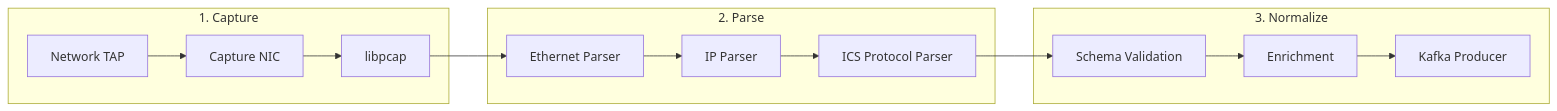
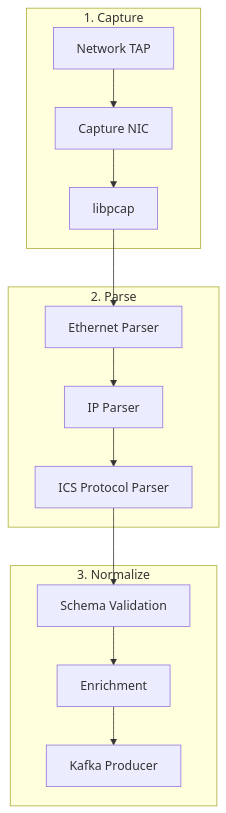
One commit to caverac/ics-anomaly-detection changed the first of 5 diagrams in packages/docs/docs/ml-pipeline/data-ingestion.md. Above: the diagram before and after it, drawn with Mermaid. The commit also changed other lines of this file and 35 other files, not shown here.

````diff
--- a/packages/docs/docs/ml-pipeline/data-ingestion.md
+++ b/packages/docs/docs/ml-pipeline/data-ingestion.md
@@ -11,24 +11,24 @@
 ```mermaid
-flowchart LR
+flowchart TB
     subgraph Capture["1. Capture"]
         TAP["Network TAP"]
         NIC["Capture NIC"]
         PCAP["libpcap"]
     end
 
     subgraph Parse["2. Parse"]
         ETH["Ethernet Parser"]
         IP["IP Parser"]
         ICS["ICS Protocol Parser"]
     end
 
     subgraph Normalize["3. Normalize"]
         SCHEMA["Schema Validation"]
         ENRICH["Enrichment"]
         EMIT["Kafka Producer"]
     end
 
     TAP --> NIC --> PCAP
     PCAP --> ETH --> IP --> ICS
     ICS --> SCHEMA --> ENRICH --> EMIT
 ```
````
